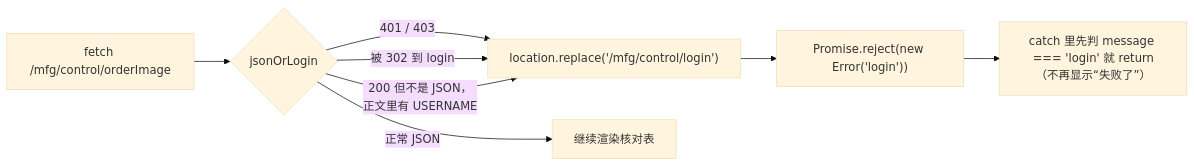
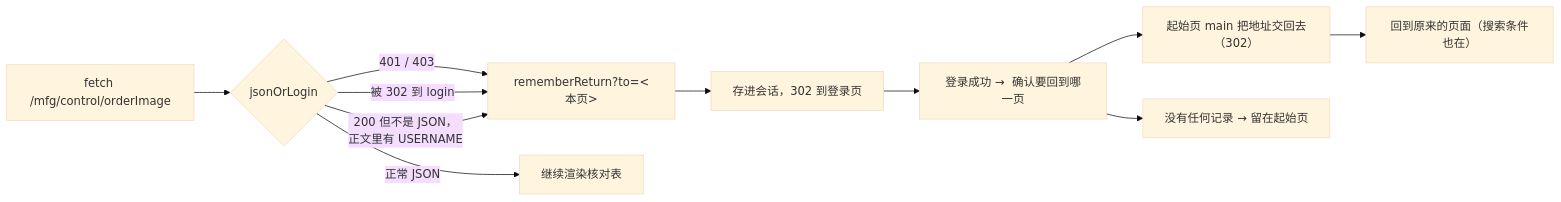
Before and after one commit to shijh/langhua: the third of 3 diagrams in langhua-ofbiz-mfg/docs/识图设计.md, drawn with Mermaid (base theme). The commit also changed 7 other files, not shown here.

First line of the commit message:
Step 107: 登录后自动回到原来那一页（用 OFBiz 自带的 after-login 钩子）

````diff
--- a/langhua-ofbiz-mfg/docs/识图设计.md
+++ b/langhua-ofbiz-mfg/docs/识图设计.md
@@ -276,10 +276,13 @@
 ```mermaid
 flowchart LR
     A["fetch /mfg/control/orderImage"] --> B{"jsonOrLogin"} 
-    B -->|"401 / 403"| L["location.replace('/mfg/control/login')"]
+    B -->|"401 / 403"| L["rememberReturn?to=<本页>"]
     B -->|"被 302 到 login"| L
     B -->|"200 但不是 JSON，<br/>正文里有 USERNAME"| L
     B -->|"正常 JSON"| C["继续渲染核对表"]
-    L --> D["Promise.reject(new Error('login'))"]
-    D --> E["catch 里先判 message === 'login' 就 return<br/>（不再显示“失败了”）"]
+    L --> L2["存进会话，302 到登录页"]
+    L2 --> D["登录成功 → <after-login> 确认要回到哪一页"]
+    D --> E["起始页 main 把地址交回去（302）"]
+    E --> F["回到原来的页面（搜索条件也在）"]
+    D --> G["没有任何记录 → 留在起始页"]
 ```
````
